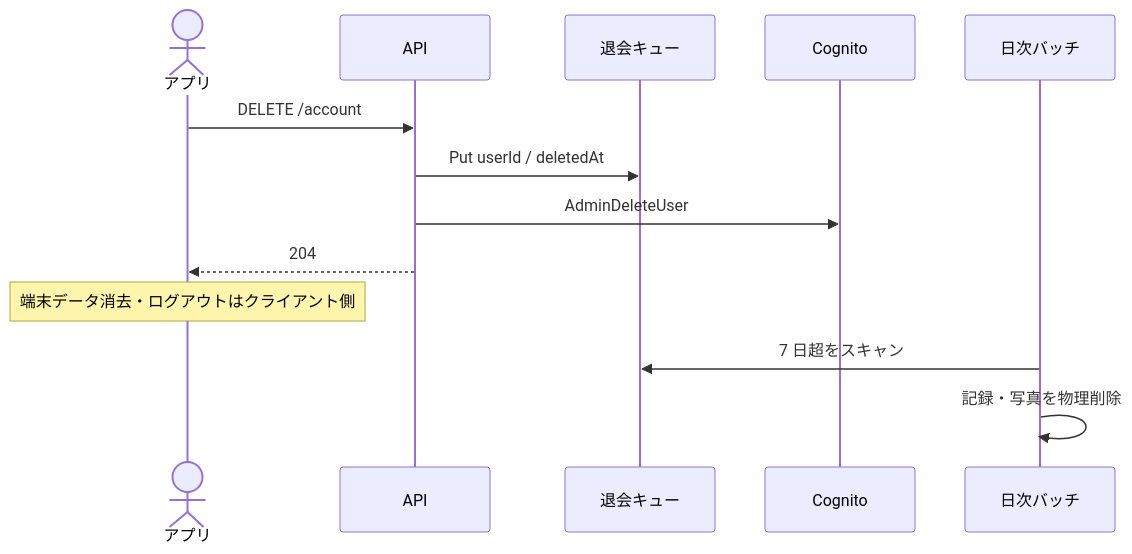
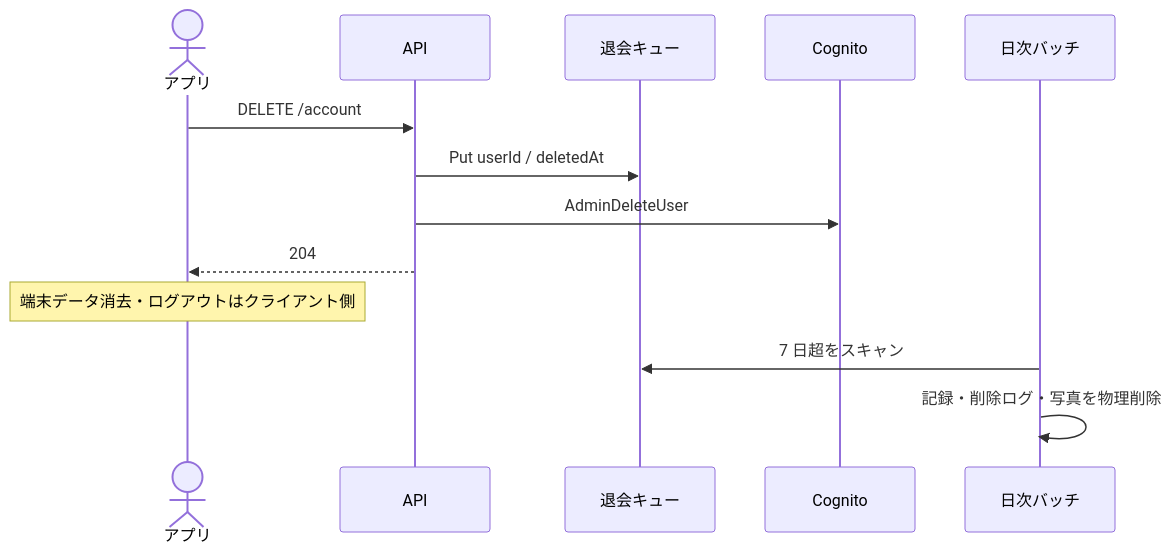
One commit to honeston/fissingplotter changed the diagram in docs/api/design/account.md. Above: the diagram before and after it, drawn with Mermaid. The commit also changed other lines of this file and 82 other files, not shown here.

````diff
--- a/docs/api/design/account.md
+++ b/docs/api/design/account.md
@@ -13,16 +13,16 @@
 ```mermaid
 sequenceDiagram
   actor App as アプリ
   participant API as API
   participant Q as 退会キュー
   participant Cog as Cognito
   participant Batch as 日次バッチ
 
   App->>API: DELETE /account
   API->>Q: Put userId / deletedAt
   API->>Cog: AdminDeleteUser
   API-->>App: 204
   Note over App: 端末データ消去・ログアウトはクライアント側
   Batch->>Q: 7 日超をスキャン
-  Batch->>Batch: 記録・写真を物理削除
+  Batch->>Batch: 記録・削除ログ・写真を物理削除
 ```
````
